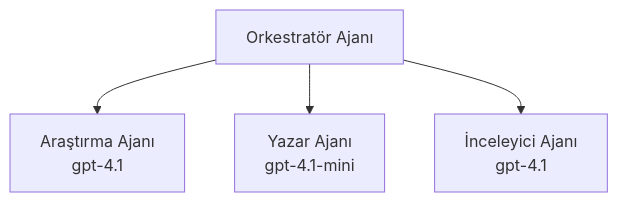
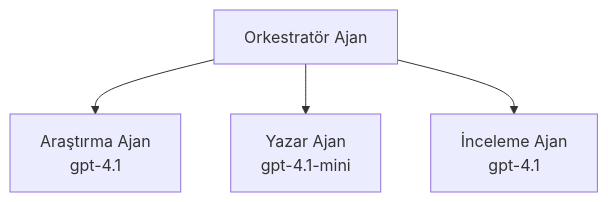
One commit to microsoft/AZD-for-beginners changed the third of 3 diagrams in translations/tr/docs/chapter-02-ai-development/agents.md. Above: the diagram before and after it, drawn with Mermaid. The commit also changed other lines of this file and 104 other files, not shown here.

````diff
--- a/translations/tr/docs/chapter-02-ai-development/agents.md
+++ b/translations/tr/docs/chapter-02-ai-development/agents.md
@@ -194,6 +201,6 @@
 ```mermaid
 graph TD
-    Orchestrator[Orkestratör Ajanı] --> Research[Araştırma Ajanı<br/>gpt-4.1]
-    Orchestrator --> Writer[Yazar Ajanı<br/>gpt-4.1-mini]
-    Orchestrator --> Reviewer[İnceleyici Ajanı<br/>gpt-4.1]
+    Orchestrator[Orkestratör Ajan] --> Research[Araştırma Ajan<br/>gpt-4.1]
+    Orchestrator --> Writer[Yazar Ajan<br/>gpt-4.1-mini]
+    Orchestrator --> Reviewer[İnceleme Ajan<br/>gpt-4.1]
 ```
````
